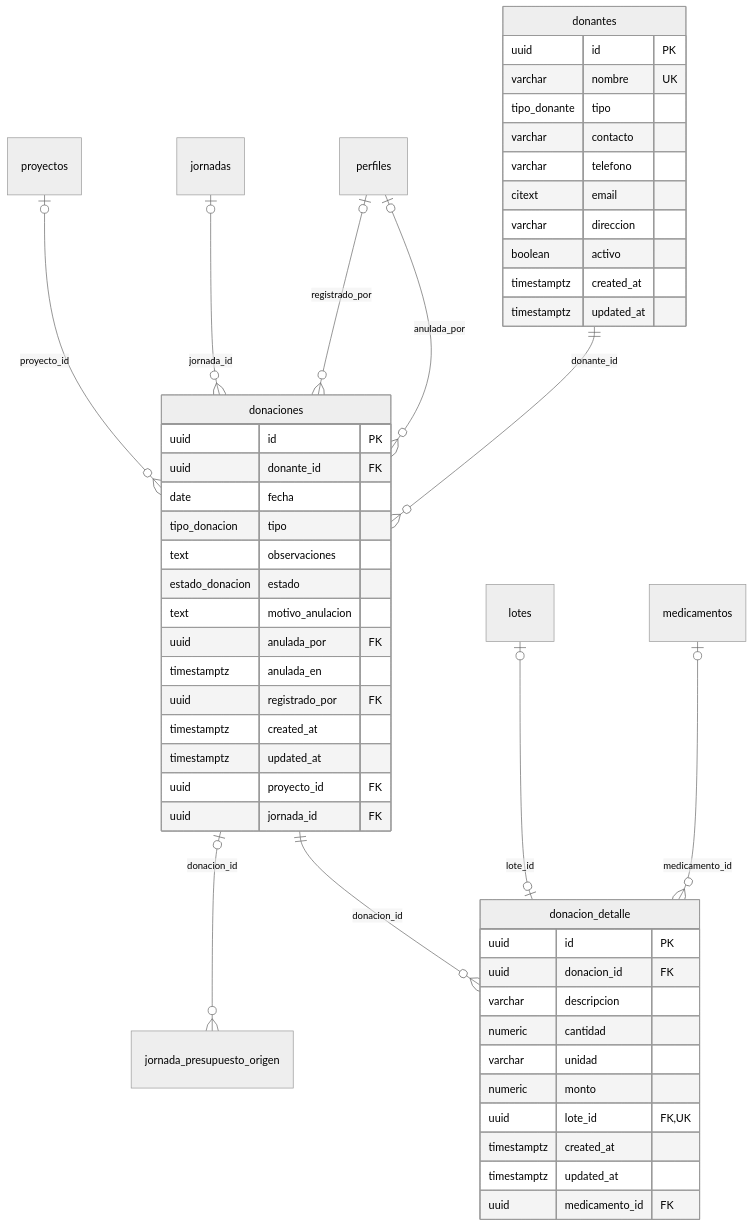
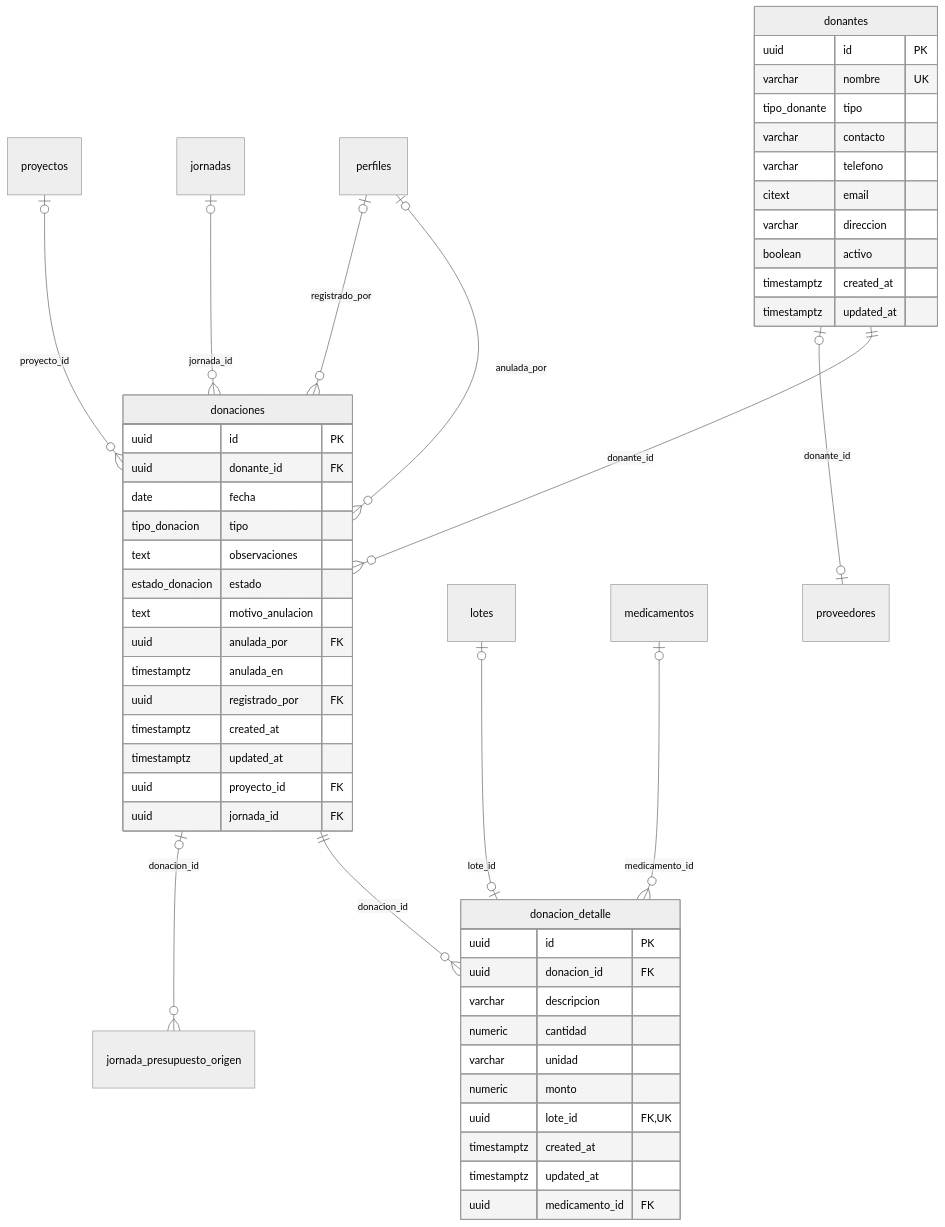
Before and after one commit to URL-ECOPAC/Ecopac-Digital: the ninth of 11 diagrams in docs/DICCIONARIO-DE-DATOS.md, drawn with Mermaid (neutral theme). The commit also changed other lines of this file and 70 other files, not shown here.

````diff
--- a/docs/DICCIONARIO-DE-DATOS.md
+++ b/docs/DICCIONARIO-DE-DATOS.md
@@ -816,52 +819,53 @@
 ```mermaid
 erDiagram
   donantes {
     uuid id PK
     varchar nombre UK
     tipo_donante tipo
     varchar contacto
     varchar telefono
     citext email
     varchar direccion
     boolean activo
     timestamptz created_at
     timestamptz updated_at
   }
   donaciones {
     uuid id PK
     uuid donante_id FK
     date fecha
     tipo_donacion tipo
     text observaciones
     estado_donacion estado
     text motivo_anulacion
     uuid anulada_por FK
     timestamptz anulada_en
     uuid registrado_por FK
     timestamptz created_at
     timestamptz updated_at
     uuid proyecto_id FK
     uuid jornada_id FK
   }
   donacion_detalle {
     uuid id PK
     uuid donacion_id FK
     varchar descripcion
     numeric cantidad
     varchar unidad
     numeric monto
     uuid lote_id FK,UK
     timestamptz created_at
     timestamptz updated_at
     uuid medicamento_id FK
   }
   donaciones ||--o{ donacion_detalle : "donacion_id"
   lotes |o--o| donacion_detalle : "lote_id"
   medicamentos |o--o{ donacion_detalle : "medicamento_id"
   perfiles |o--o{ donaciones : "anulada_por"
   donantes ||--o{ donaciones : "donante_id"
   jornadas |o--o{ donaciones : "jornada_id"
   proyectos |o--o{ donaciones : "proyecto_id"
   perfiles |o--o{ donaciones : "registrado_por"
   donaciones |o--o{ jornada_presupuesto_origen : "donacion_id"
+  donantes |o--o| proveedores : "donante_id"
 ```
````
